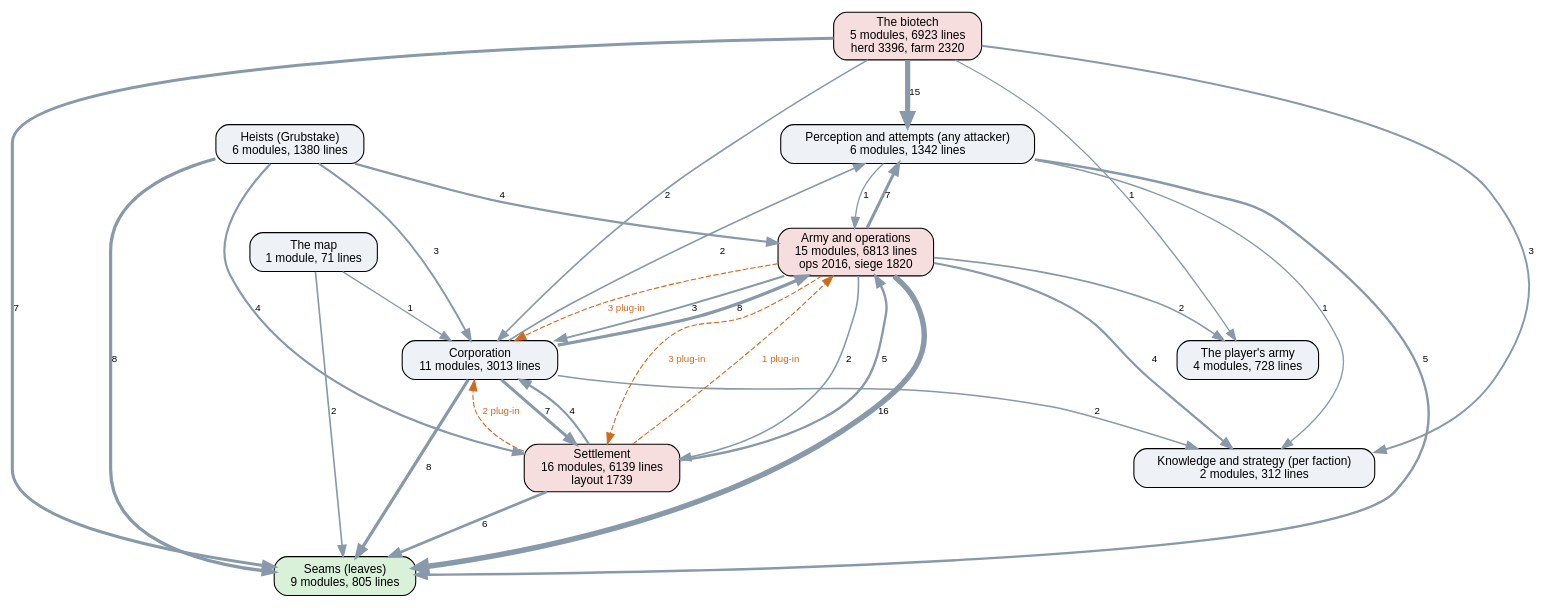
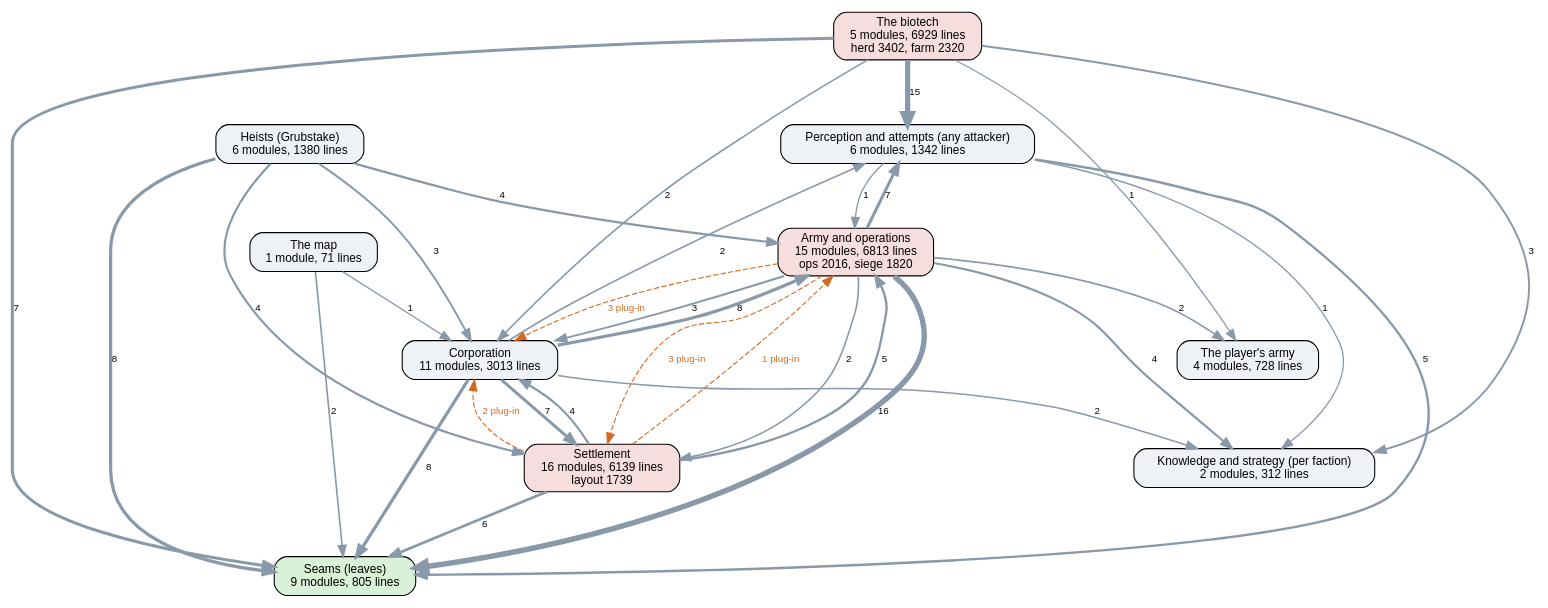
One commit to kinelhu/landing-party changed the diagram in docs/ai-layers.dot. Above: the diagram before and after it, drawn with Graphviz. The commit also changed 7 other files, not shown here.

```diff
--- a/docs/ai-layers.dot
+++ b/docs/ai-layers.dot
@@ -1,47 +1,47 @@
 digraph layers {
   graph [rankdir=TB, fontname="Helvetica", nodesep=0.5, ranksep=0.7];
   node [shape=box, style="rounded,filled", fontname="Helvetica", fontsize=11, fillcolor="#eef2f7"];
   edge [color="#8899aa", fontname="Helvetica", fontsize=9];
   "Seams (leaves)" [label="Seams (leaves)\n9 modules, 805 lines", fillcolor="#d9f0d9"];
   "Perception and attempts (any attacker)" [label="Perception and attempts (any attacker)\n6 modules, 1342 lines", fillcolor="#eef2f7"];
   "Knowledge and strategy (per faction)" [label="Knowledge and strategy (per faction)\n2 modules, 312 lines", fillcolor="#eef2f7"];
   "Corporation" [label="Corporation\n11 modules, 3013 lines", fillcolor="#eef2f7"];
   "Settlement" [label="Settlement\n16 modules, 6139 lines\nlayout 1739", fillcolor="#f7dede"];
   "Army and operations" [label="Army and operations\n15 modules, 6813 lines\nops 2016, siege 1820", fillcolor="#f7dede"];
   "Heists (Grubstake)" [label="Heists (Grubstake)\n6 modules, 1380 lines", fillcolor="#eef2f7"];
-  "The biotech" [label="The biotech\n5 modules, 6923 lines\nherd 3396, farm 2320", fillcolor="#f7dede"];
+  "The biotech" [label="The biotech\n5 modules, 6929 lines\nherd 3402, farm 2320", fillcolor="#f7dede"];
   "The map" [label="The map\n1 module, 71 lines", fillcolor="#eef2f7"];
   "The player's army" [label="The player's army\n4 modules, 728 lines", fillcolor="#eef2f7"];
   "Army and operations" -> "Corporation" [label="3", penwidth=1.8];
   "Army and operations" -> "Knowledge and strategy (per faction)" [label="4", penwidth=2.0];
   "Army and operations" -> "Perception and attempts (any attacker)" [label="7", penwidth=2.8];
   "Army and operations" -> "Seams (leaves)" [label="16", penwidth=5.0];
   "Army and operations" -> "Settlement" [label="2", penwidth=1.5];
   "Army and operations" -> "The player's army" [label="2", penwidth=1.5];
   "Corporation" -> "Army and operations" [label="8", penwidth=3.0];
   "Corporation" -> "Knowledge and strategy (per faction)" [label="2", penwidth=1.5];
   "Corporation" -> "Perception and attempts (any attacker)" [label="2", penwidth=1.5];
   "Corporation" -> "Seams (leaves)" [label="8", penwidth=3.0];
   "Corporation" -> "Settlement" [label="7", penwidth=2.8];
   "Heists (Grubstake)" -> "Army and operations" [label="4", penwidth=2.0];
   "Heists (Grubstake)" -> "Corporation" [label="3", penwidth=1.8];
   "Heists (Grubstake)" -> "Seams (leaves)" [label="8", penwidth=3.0];
   "Heists (Grubstake)" -> "Settlement" [label="4", penwidth=2.0];
   "Perception and attempts (any attacker)" -> "Army and operations" [label="1", penwidth=1.2];
   "Perception and attempts (any attacker)" -> "Knowledge and strategy (per faction)" [label="1", penwidth=1.2];
   "Perception and attempts (any attacker)" -> "Seams (leaves)" [label="5", penwidth=2.2];
   "Settlement" -> "Army and operations" [label="5", penwidth=2.2];
   "Settlement" -> "Corporation" [label="4", penwidth=2.0];
   "Settlement" -> "Seams (leaves)" [label="6", penwidth=2.5];
   "The biotech" -> "Corporation" [label="2", penwidth=1.5];
   "The biotech" -> "Knowledge and strategy (per faction)" [label="3", penwidth=1.8];
   "The biotech" -> "Perception and attempts (any attacker)" [label="15", penwidth=4.8];
   "The biotech" -> "Seams (leaves)" [label="7", penwidth=2.8];
   "The biotech" -> "The player's army" [label="1", penwidth=1.2];
   "The map" -> "Corporation" [label="1", penwidth=1.2];
   "The map" -> "Seams (leaves)" [label="2", penwidth=1.5];
   "Army and operations" -> "Corporation" [style=dashed, color="#d2691e", fontcolor="#d2691e", label="3 plug-in"];
   "Army and operations" -> "Settlement" [style=dashed, color="#d2691e", fontcolor="#d2691e", label="3 plug-in"];
   "Settlement" -> "Army and operations" [style=dashed, color="#d2691e", fontcolor="#d2691e", label="1 plug-in"];
   "Settlement" -> "Corporation" [style=dashed, color="#d2691e", fontcolor="#d2691e", label="2 plug-in"];
 }
```
